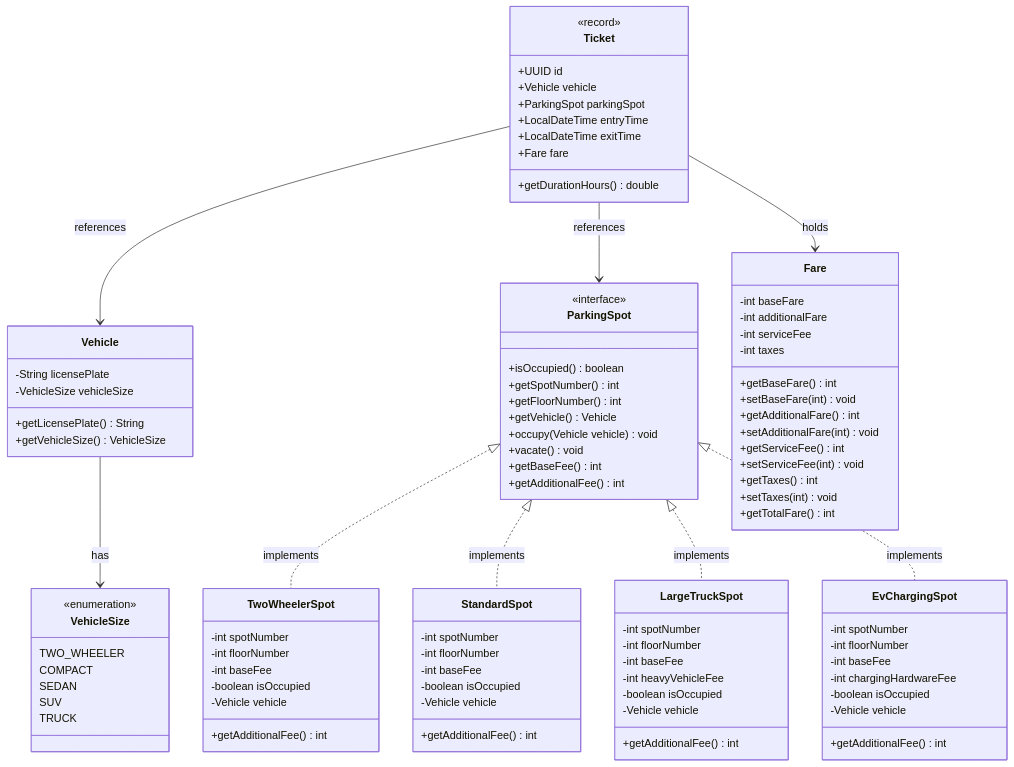
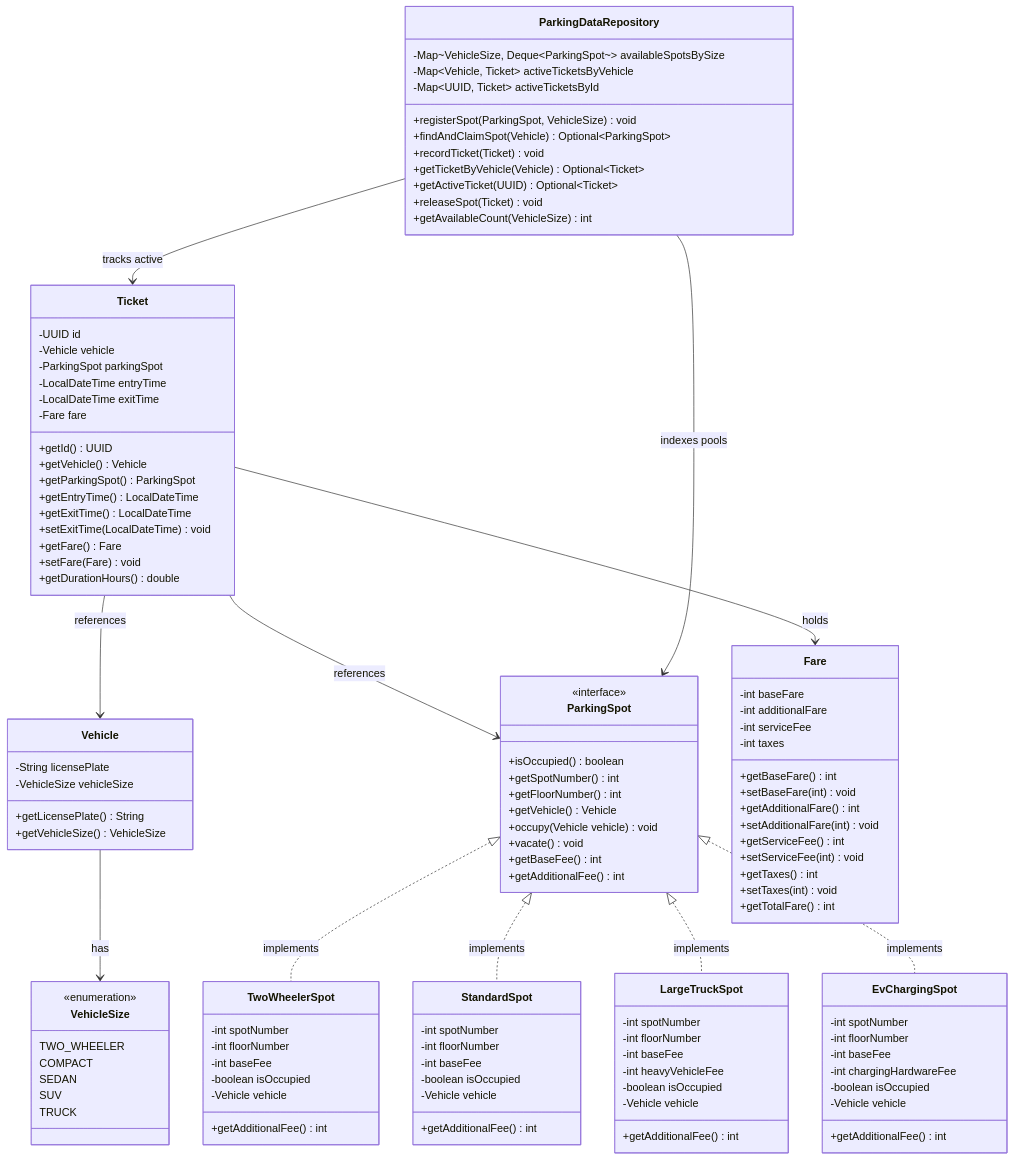
The first of 4 diagrams in parking-spot-lld/README.md (JyotimoyKashyap/system-design-labs), drawn with Mermaid before and after one commit. The commit also changed other lines of this file and 9 other files, not shown here.

````diff
--- a/parking-spot-lld/README.md
+++ b/parking-spot-lld/README.md
@@ -200,14 +200,34 @@
     }
 
     class Ticket {
-        <<record>>
-        +UUID id
-        +Vehicle vehicle
-        +ParkingSpot parkingSpot
-        +LocalDateTime entryTime
-        +LocalDateTime exitTime
-        +Fare fare
+        -UUID id
+        -Vehicle vehicle
+        -ParkingSpot parkingSpot
+        -LocalDateTime entryTime
+        -LocalDateTime exitTime
+        -Fare fare
+        +getId() UUID
+        +getVehicle() Vehicle
+        +getParkingSpot() ParkingSpot
+        +getEntryTime() LocalDateTime
+        +getExitTime() LocalDateTime
+        +setExitTime(LocalDateTime) void
+        +getFare() Fare
+        +setFare(Fare) void
         +getDurationHours() double
+    }
+
+    class ParkingDataRepository {
+        -Map~VehicleSize, Deque~ParkingSpot~~ availableSpotsBySize
+        -Map~Vehicle, Ticket~ activeTicketsByVehicle
+        -Map~UUID, Ticket~ activeTicketsById
+        +registerSpot(ParkingSpot, VehicleSize) void
+        +findAndClaimSpot(Vehicle) Optional~ParkingSpot~
+        +recordTicket(Ticket) void
+        +getTicketByVehicle(Vehicle) Optional~Ticket~
+        +getActiveTicket(UUID) Optional~Ticket~
+        +releaseSpot(Ticket) void
+        +getAvailableCount(VehicleSize) int
     }
 
     Vehicle --> VehicleSize : has
@@ -218,4 +238,6 @@
     Ticket --> Vehicle : references
     Ticket --> ParkingSpot : references
     Ticket --> Fare : holds
+    ParkingDataRepository --> Ticket : tracks active
+    ParkingDataRepository --> ParkingSpot : indexes pools
 ```
````
